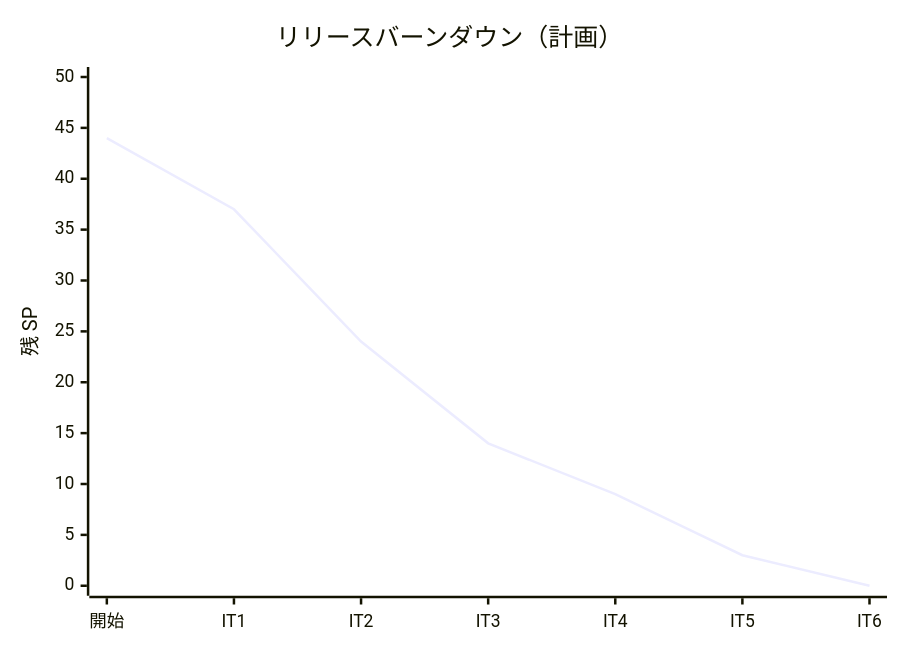
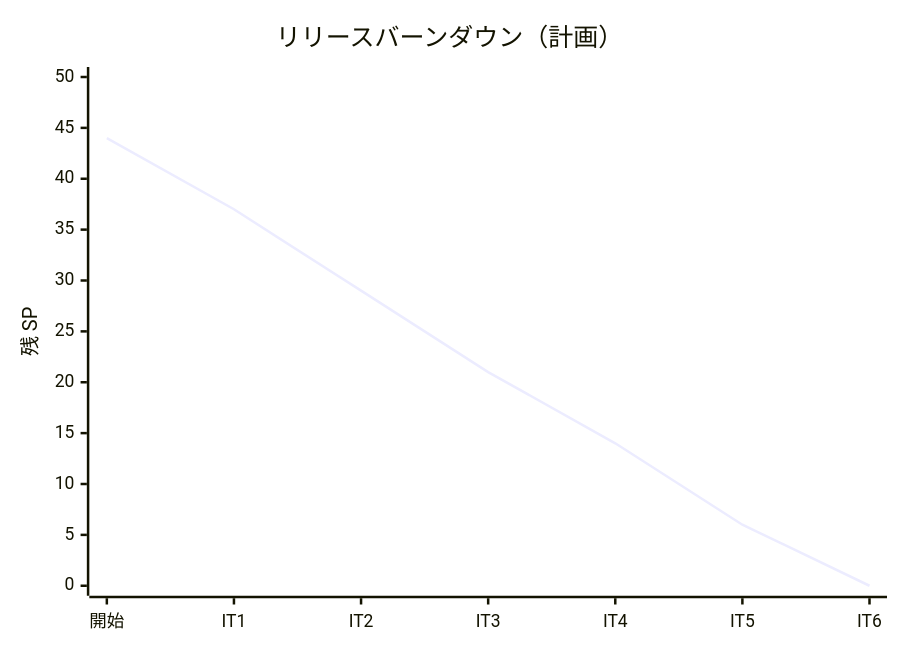
Before and after one commit to k2works/case-study-sdd-development: the second of 2 diagrams in docs/development/release_plan.md, drawn with Mermaid. The commit also changed other lines of this file, not shown here.

````diff
--- a/docs/development/release_plan.md
+++ b/docs/development/release_plan.md
@@ -329,7 +354,7 @@
 ```mermaid
 xychart-beta
     title "リリースバーンダウン（計画）"
     x-axis ["開始", "IT1", "IT2", "IT3", "IT4", "IT5", "IT6"]
     y-axis "残 SP" 0 --> 50
-    line [44, 37, 24, 14, 9, 3, 0]
+    line [44, 37, 29, 21, 14, 6, 0]
 ```
````
